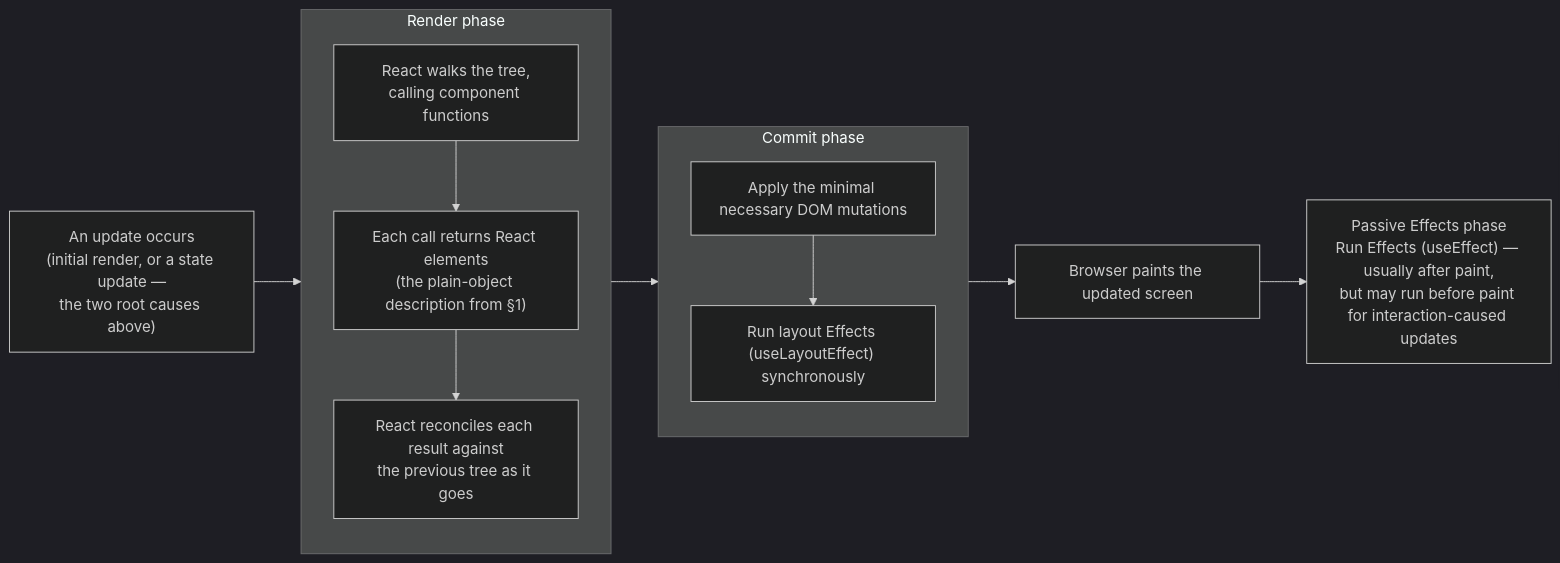
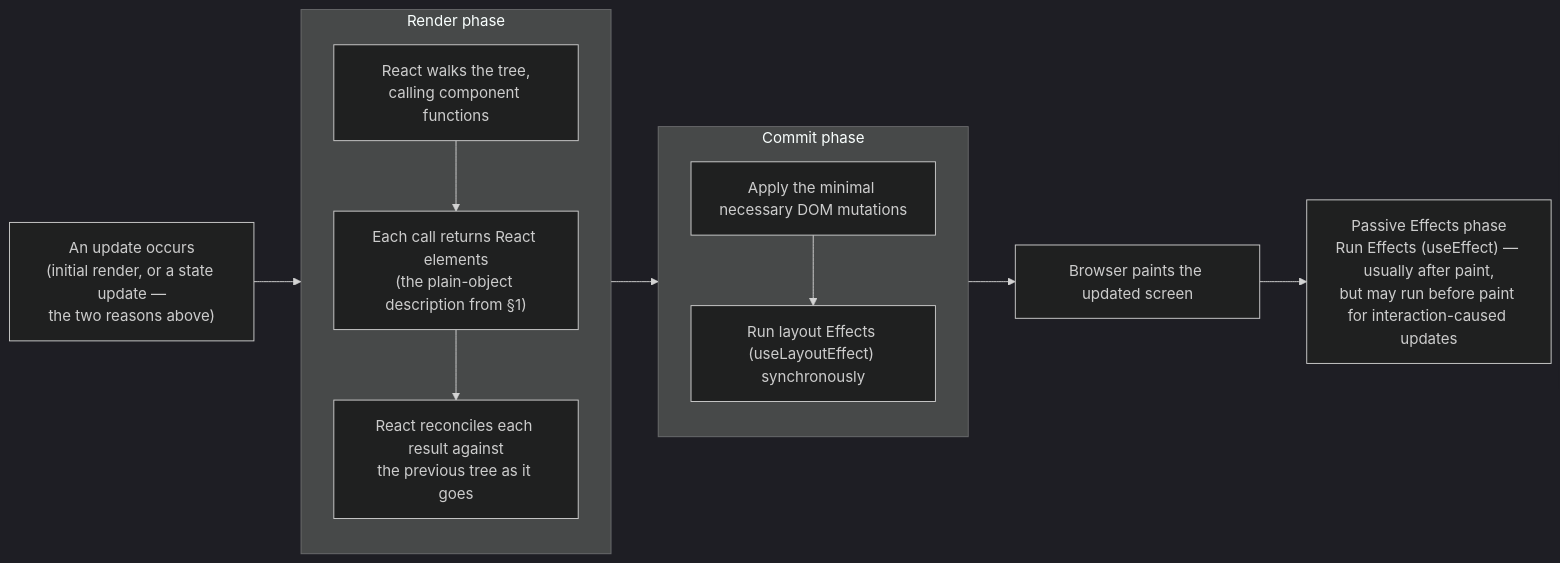
One commit to tushardongre1990/Claude-React changed the third of 5 diagrams in notes/01-foundations/README.md. Above: the diagram before and after it, drawn with Mermaid (dark theme). The commit also changed other lines of this file and 1 other file, not shown here.

Commit message:
soften ch.01 "exactly two root causes" to React's two-reason teaching model

````diff
--- a/notes/01-foundations/README.md
+++ b/notes/01-foundations/README.md
@@ -675,20 +678,20 @@
 ```mermaid
 flowchart LR
-    trigger["An update occurs\n(initial render, or a state update —\nthe two root causes above)"] --> render
+    trigger["An update occurs\n(initial render, or a state update —\nthe two reasons above)"] --> render
     subgraph render["Render phase"]
         direction TB
         r1["React walks the tree,\ncalling component functions"]
         r2["Each call returns React elements\n(the plain-object description from §1)"]
         r3["React reconciles each result against\nthe previous tree as it goes"]
         r1 --> r2 --> r3
     end
     render --> commit
     subgraph commit["Commit phase"]
         direction TB
         c1["Apply the minimal necessary DOM mutations"]
         c2["Run layout Effects (useLayoutEffect) synchronously"]
         c1 --> c2
     end
     commit --> paint["Browser paints the updated screen"]
     paint --> passive["Passive Effects phase\nRun Effects (useEffect) — usually after paint,\nbut may run before paint for interaction-caused updates"]
 ```
````
